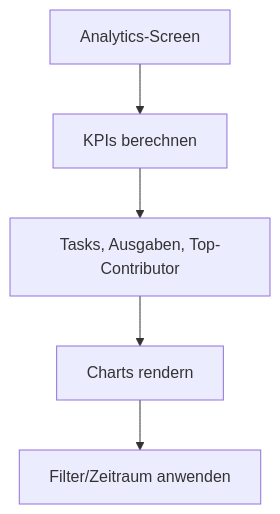
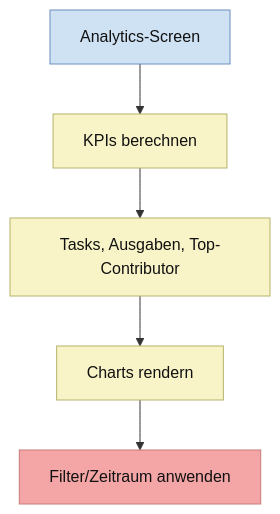
Diagram 15 of 23 in ABLAUFDIAGRAMM.md (Nejy190501/WGManager), drawn with Mermaid before and after one commit. The commit also changed other lines of this file, not shown here.

````diff
--- a/ABLAUFDIAGRAMM.md
+++ b/ABLAUFDIAGRAMM.md
@@ -405,7 +600,19 @@
 ```mermaid
 flowchart TD
     A["Analytics-Screen"] --> B["KPIs berechnen"]
     B --> C["Tasks, Ausgaben, Top-Contributor"]
     C --> D["Charts rendern"]
     D --> E["Filter/Zeitraum anwenden"]
+
+    classDef userAction fill:#ead1f2,stroke:#8e7cc3,color:#111;
+    classDef systemAction fill:#f9f4c7,stroke:#b7b26a,color:#111;
+    classDef userDecision fill:#f4cccc,stroke:#cc7a7a,color:#111;
+    classDef systemDecision fill:#fff2b2,stroke:#c9b458,color:#111;
+    classDef button fill:#f4a6a6,stroke:#c97b7b,color:#111;
+    classDef userInput fill:#f8d7da,stroke:#d49aa2,color:#111;
+    classDef screen fill:#cfe2f3,stroke:#6c8ebf,color:#111;
+
+    class B,C,D systemAction;
+    class E button;
+    class A screen;
 ```
````
